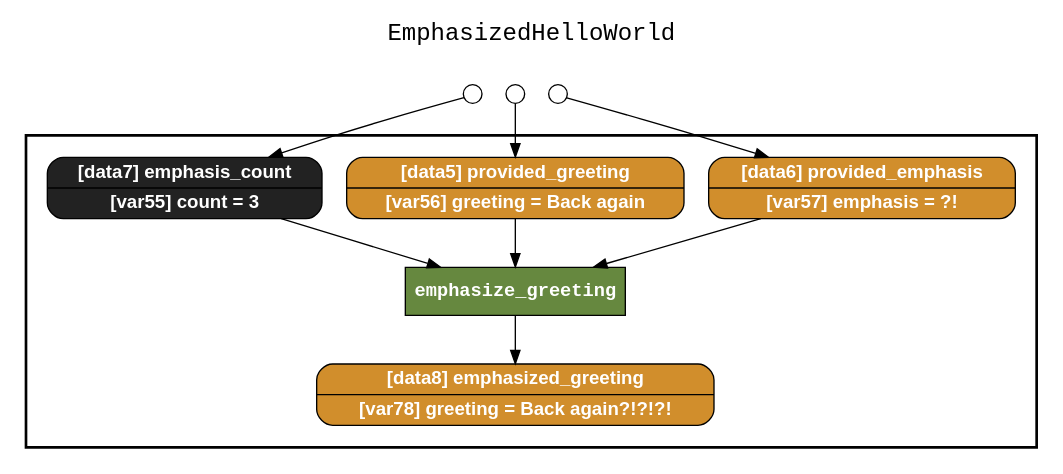
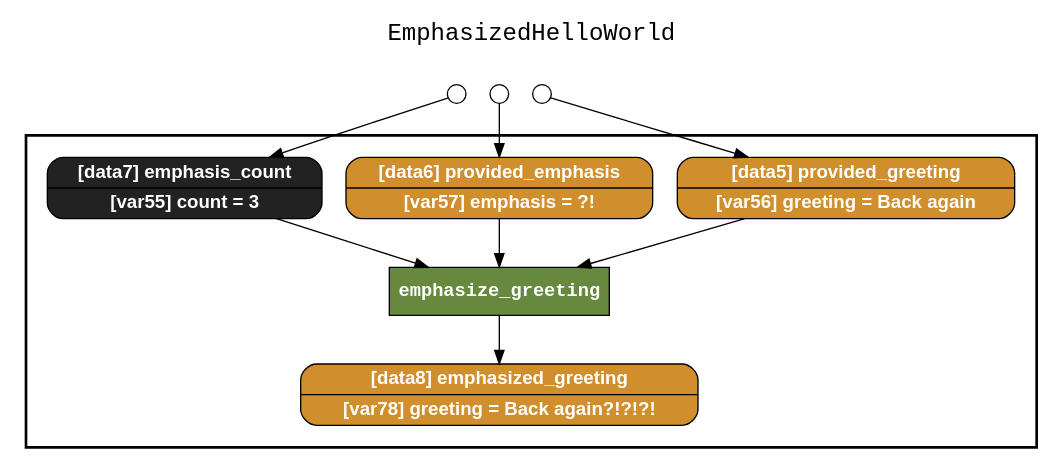
The diagram in examples/05_emphasis_function/yw_nw_retrospective_lineage.gv (yesworkflow-org/yw-noworkflow), drawn with Graphviz before and after one commit. The commit also changed other lines of this file and 27 other files, not shown here.

```diff
--- a/examples/05_emphasis_function/yw_nw_retrospective_lineage.gv
+++ b/examples/05_emphasis_function/yw_nw_retrospective_lineage.gv
@@ -1,36 +1,36 @@
 
 digraph yw_data_view {
 rankdir=TB
 fontname=Courier; fontsize=18; labelloc=t
 label="EmphasizedHelloWorld"
 subgraph cluster_workflow { label=""; color=black; penwidth=2
 subgraph cluster_workflow_inner { label=""; color=white
 node[shape=box style=filled fillcolor="#66883F" peripheries=1 fontname="Courier-Bold" fontcolor=white]
 emphasize_greeting
 node[shape=box style="filled" fillcolor="#CCFFCC" peripheries=1 fontname=Courier]
 node[shape=box style="rounded,filled" fillcolor="#D18E2C" peripheries=1 fontname="Helvetica-Bold"]
 emphasized_greeting [shape=record rankdir=LR label="{<f0> [data8] emphasized_greeting |<f1> [var78] greeting = Back again?!?!?!}"]
+provided_greeting [shape=record rankdir=LR label="{<f0> [data5] provided_greeting |<f1> [var56] greeting = Back again}"]
 provided_emphasis [shape=record rankdir=LR label="{<f0> [data6] provided_emphasis |<f1> [var57] emphasis = ?!}"]
-provided_greeting [shape=record rankdir=LR label="{<f0> [data5] provided_greeting |<f1> [var56] greeting = Back again}"]
 node[shape=box style="rounded,filled" fillcolor="#222222" peripheries=1 fontname="Helvetica-Bold"]
 emphasis_count [shape=record rankdir=LR label="{<f0> [data7] emphasis_count |<f1> [var55] count = 3}"]
 }}
 subgraph cluster_inflows { label=""; color=white; penwidth=2
 subgraph cluster_inflows_inner { label=""; color=white
 node[shape=circle fillcolor="#FFFFFF" peripheries=1 width=0.2]
 provided_greeting_inflow [label=""]
 provided_emphasis_inflow [label=""]
 emphasis_count_inflow [label=""]
 }}
 subgraph cluster_outflows { label=""; color=white; penwidth=2
 subgraph cluster_outflows_inner { label=""; color=white
 node[shape=circle fillcolor="#FFFFFF" peripheries=1 width=0.2]
 }}
 emphasis_count -> emphasize_greeting
 provided_emphasis -> emphasize_greeting
 provided_greeting -> emphasize_greeting
 emphasize_greeting -> emphasized_greeting
 provided_greeting_inflow -> provided_greeting
 provided_emphasis_inflow -> provided_emphasis
 emphasis_count_inflow -> emphasis_count
 }
```
